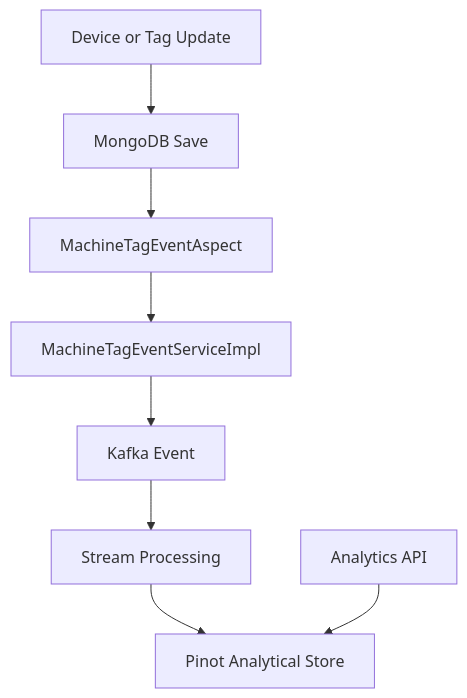
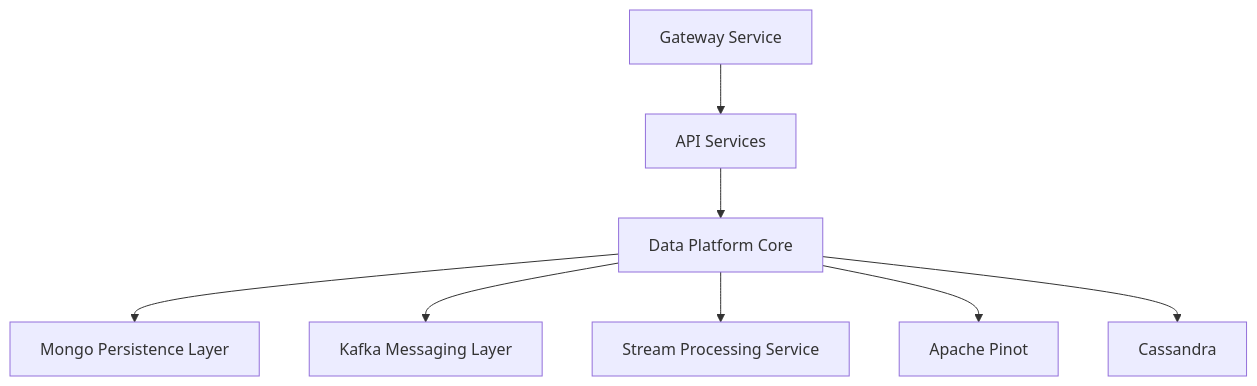
Before and after one commit to flamingo-stack/openframe-oss-lib: the seventh of 7 diagrams in docs/reference/architecture/data-platform-core/data-platform-core.md, drawn with Mermaid. The commit also changed other lines of this file and 212 other files, not shown here.

````diff
--- a/docs/reference/architecture/data-platform-core/data-platform-core.md
+++ b/docs/reference/architecture/data-platform-core/data-platform-core.md
@@ -270,10 +338,10 @@
 ```mermaid
 flowchart TD
-    UserAction["Device or Tag Update"] --> Mongo["MongoDB Save"]
-    Mongo --> Aspect["MachineTagEventAspect"]
-    Aspect --> Service["MachineTagEventServiceImpl"]
-    Service --> Kafka["Kafka Event"]
-    Kafka --> Stream["Stream Processing"]
-    Stream --> Pinot["Pinot Analytical Store"]
-    API["Analytics API"] --> Pinot
+    Gateway["Gateway Service"] --> API["API Services"]
+    API --> DataCore["Data Platform Core"]
+    DataCore --> Mongo["Mongo Persistence Layer"]
+    DataCore --> Kafka["Kafka Messaging Layer"]
+    DataCore --> Stream["Stream Processing Service"]
+    DataCore --> Pinot["Apache Pinot"]
+    DataCore --> Cassandra["Cassandra"]
 ```
````
